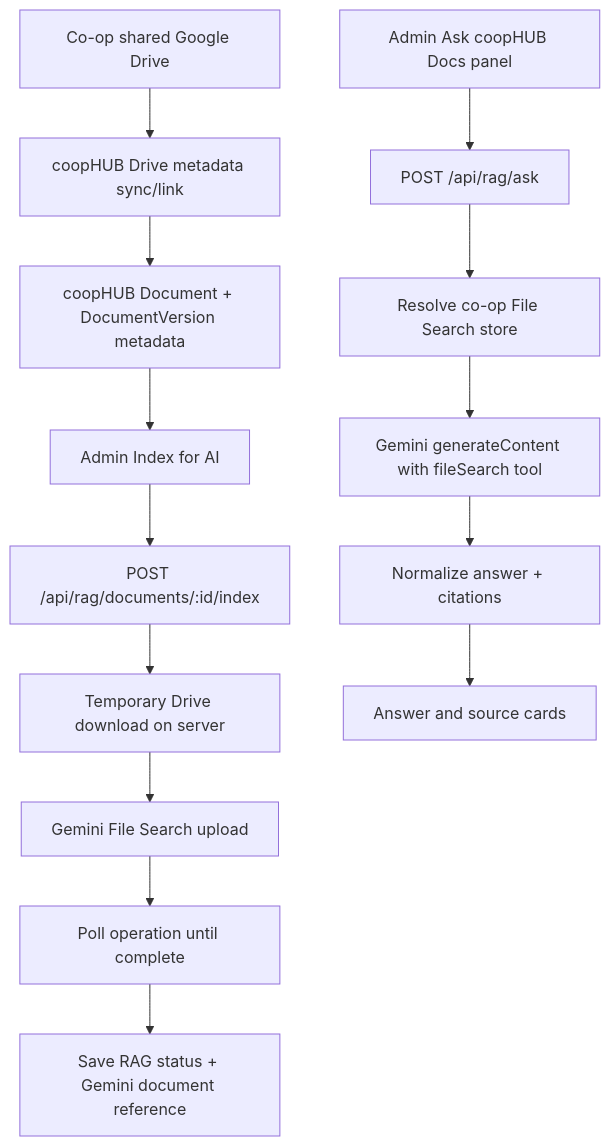
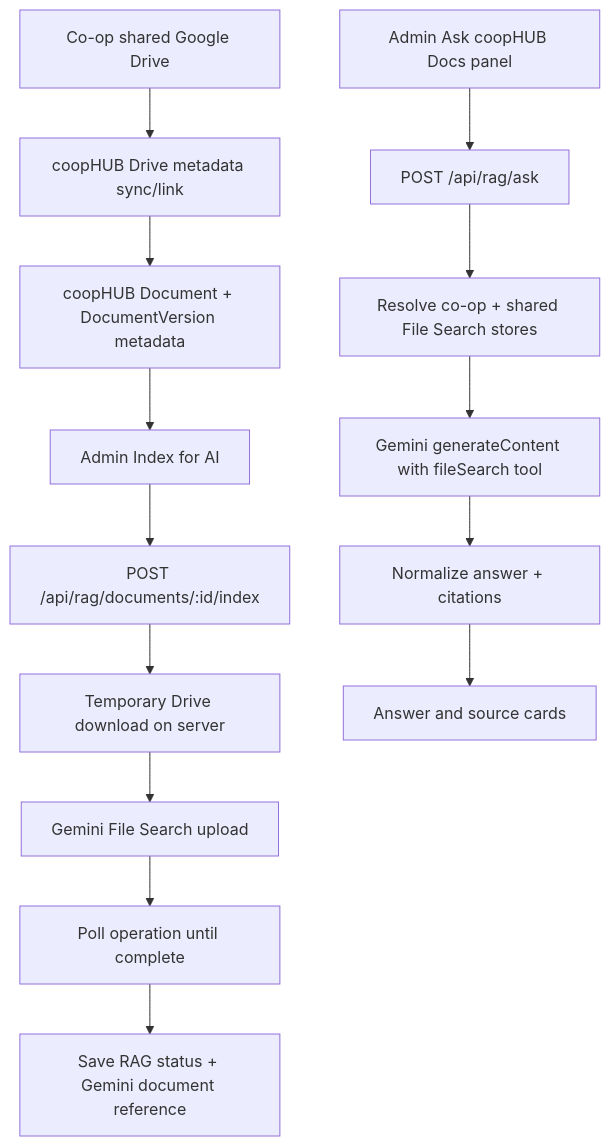
One commit to joewansbrough/coop1.03 changed the diagram in docs/superpowers/specs/2026-05-15-gemini-file-search-rag-design.md. Above: the diagram before and after it, drawn with Mermaid. The commit also changed other lines of this file, not shown here.

Commit message:
docs: add shared provincial rag store

````diff
--- a/docs/superpowers/specs/2026-05-15-gemini-file-search-rag-design.md
+++ b/docs/superpowers/specs/2026-05-15-gemini-file-search-rag-design.md
@@ -29,17 +31,17 @@
 ```mermaid
 flowchart TD
   Drive["Co-op shared Google Drive"] --> Sync["coopHUB Drive metadata sync/link"]
   Sync --> Metadata["coopHUB Document + DocumentVersion metadata"]
   Metadata --> IndexButton["Admin Index for AI"]
   IndexButton --> IndexApi["POST /api/rag/documents/:id/index"]
   IndexApi --> Download["Temporary Drive download on server"]
   Download --> Upload["Gemini File Search upload"]
   Upload --> Poll["Poll operation until complete"]
   Poll --> State["Save RAG status + Gemini document reference"]
 
   AskPanel["Admin Ask coopHUB Docs panel"] --> AskApi["POST /api/rag/ask"]
-  AskApi --> Store["Resolve co-op File Search store"]
+  AskApi --> Store["Resolve co-op + shared File Search stores"]
   Store --> Gemini["Gemini generateContent with fileSearch tool"]
   Gemini --> Normalize["Normalize answer + citations"]
   Normalize --> UI["Answer and source cards"]
 ```
````
